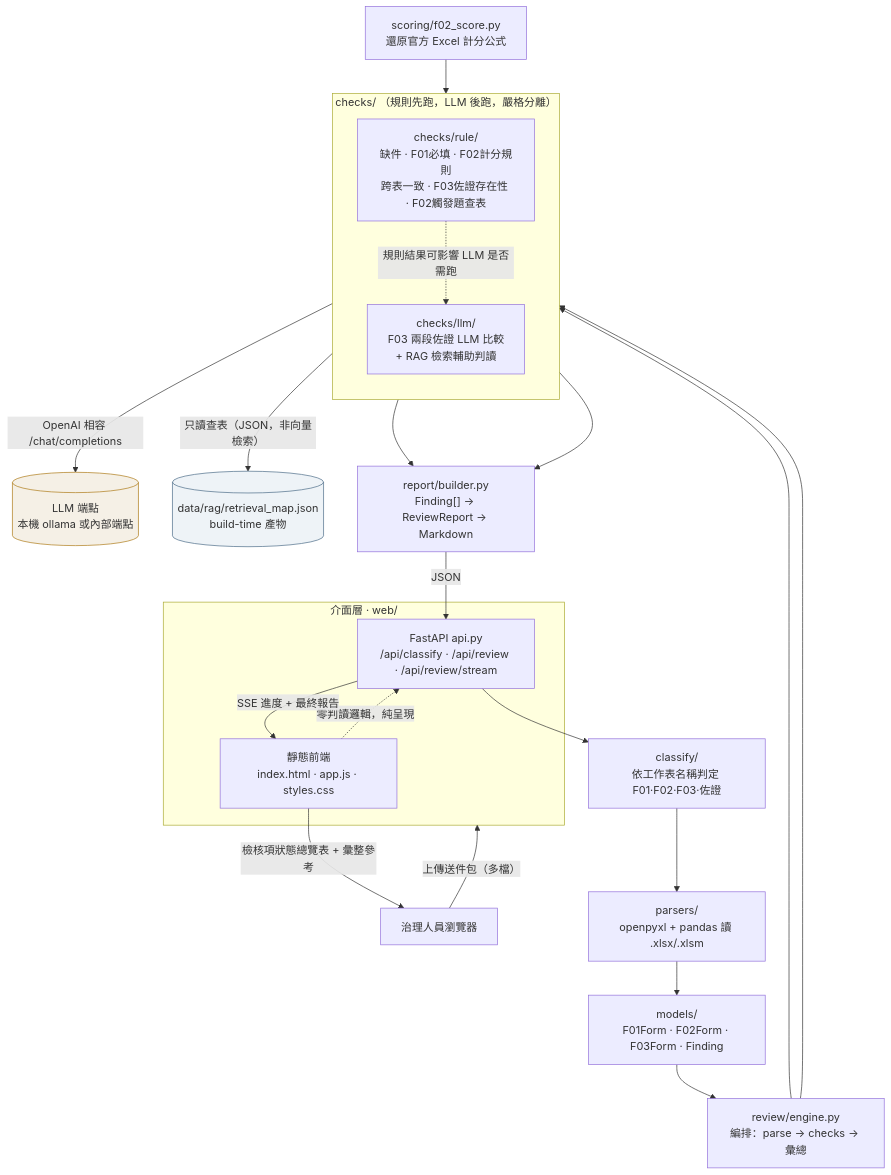
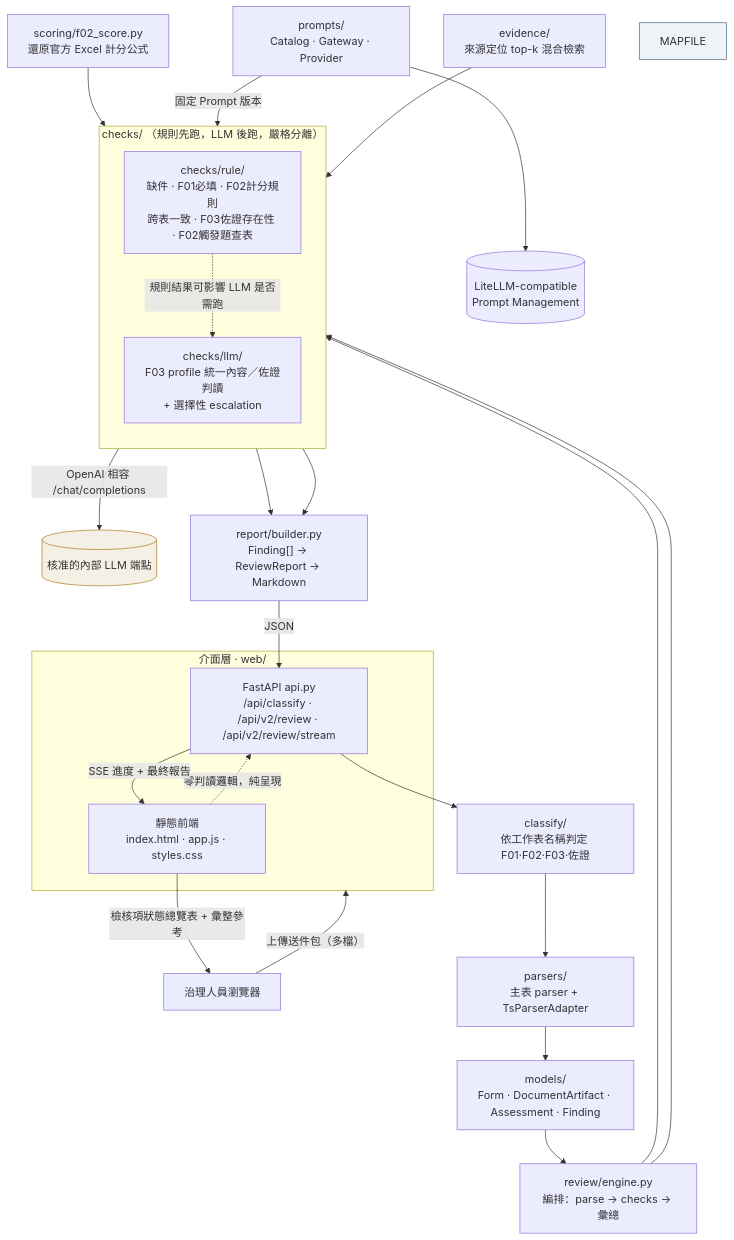
The first of 4 diagrams in docs/architecture.md (xian-ai-1057/AI_gov), drawn with Mermaid before and after one commit. The commit also changed other lines of this file and 60 other files, not shown here.

````diff
--- a/docs/architecture.md
+++ b/docs/architecture.md
@@ -14,39 +14,41 @@
 ```mermaid
 flowchart TB
     U["治理人員瀏覽器"] -->|"上傳送件包（多檔）"| WEB
 
     subgraph WEB["介面層 · web/"]
-        API["FastAPI api.py<br/>/api/classify · /api/review · /api/review/stream"]
+        API["FastAPI api.py<br/>/api/classify · /api/v2/review · /api/v2/review/stream"]
         FE["靜態前端<br/>index.html · app.js · styles.css"]
     end
     FE -.->|"零判讀邏輯，純呈現"| API
 
     API --> CLASSIFY["classify/<br/>依工作表名稱判定 F01·F02·F03·佐證"]
-    CLASSIFY --> PARSERS["parsers/<br/>openpyxl + pandas 讀 .xlsx/.xlsm"]
-    PARSERS --> MODELS["models/<br/>F01Form · F02Form · F03Form · Finding"]
+    CLASSIFY --> PARSERS["parsers/<br/>主表 parser + TsParserAdapter"]
+    PARSERS --> MODELS["models/<br/>Form · DocumentArtifact · Assessment · Finding"]
 
     MODELS --> ENGINE["review/engine.py<br/>編排：parse → checks → 彙總"]
 
     subgraph CHECKS["checks/ （規則先跑，LLM 後跑，嚴格分離）"]
         direction TB
         RULE["checks/rule/<br/>缺件 · F01必填 · F02計分規則<br/>跨表一致 · F03佐證存在性 · F02觸發題查表"]
-        LLM["checks/llm/<br/>F03 兩段佐證 LLM 比較<br/>+ RAG 檢索輔助判讀"]
+        LLM["checks/llm/<br/>F03 profile 統一內容／佐證判讀<br/>+ 選擇性 escalation"]
         RULE -.->|"規則結果可影響 LLM 是否需跑"| LLM
     end
     ENGINE --> RULE
     ENGINE --> LLM
 
     SCORING["scoring/f02_score.py<br/>還原官方 Excel 計分公式"] --> RULE
 
-    LLM -->|"OpenAI 相容 /chat/completions"| LLMEP[("LLM 端點<br/>本機 ollama 或內部端點")]
-    LLM -->|"只讀查表（JSON，非向量檢索）"| MAPFILE[("data/rag/retrieval_map.json<br/>build-time 產物")]
+    LLM -->|"OpenAI 相容 /chat/completions"| LLMEP[("核准的內部 LLM 端點")]
+    PROMPT["prompts/<br/>Catalog · Gateway · Provider"] -->|"固定 Prompt 版本"| LLM
+    PROMPT --> PM[("LiteLLM-compatible<br/>Prompt Management")]
+    EVIDENCE["evidence/<br/>來源定位 top-k 混合檢索"] --> LLM
 
     RULE --> REPORT["report/builder.py<br/>Finding[] → ReviewReport → Markdown"]
     LLM --> REPORT
     REPORT -->|"JSON"| API
     API -->|"SSE 進度 + 最終報告"| FE
     FE -->|"檢核項狀態總覽表 + 彙整參考"| U
 
     style LLMEP fill:#f5f0e6,stroke:#ad7a16
     style MAPFILE fill:#eef3f7,stroke:#4a6b86
 ```
````
